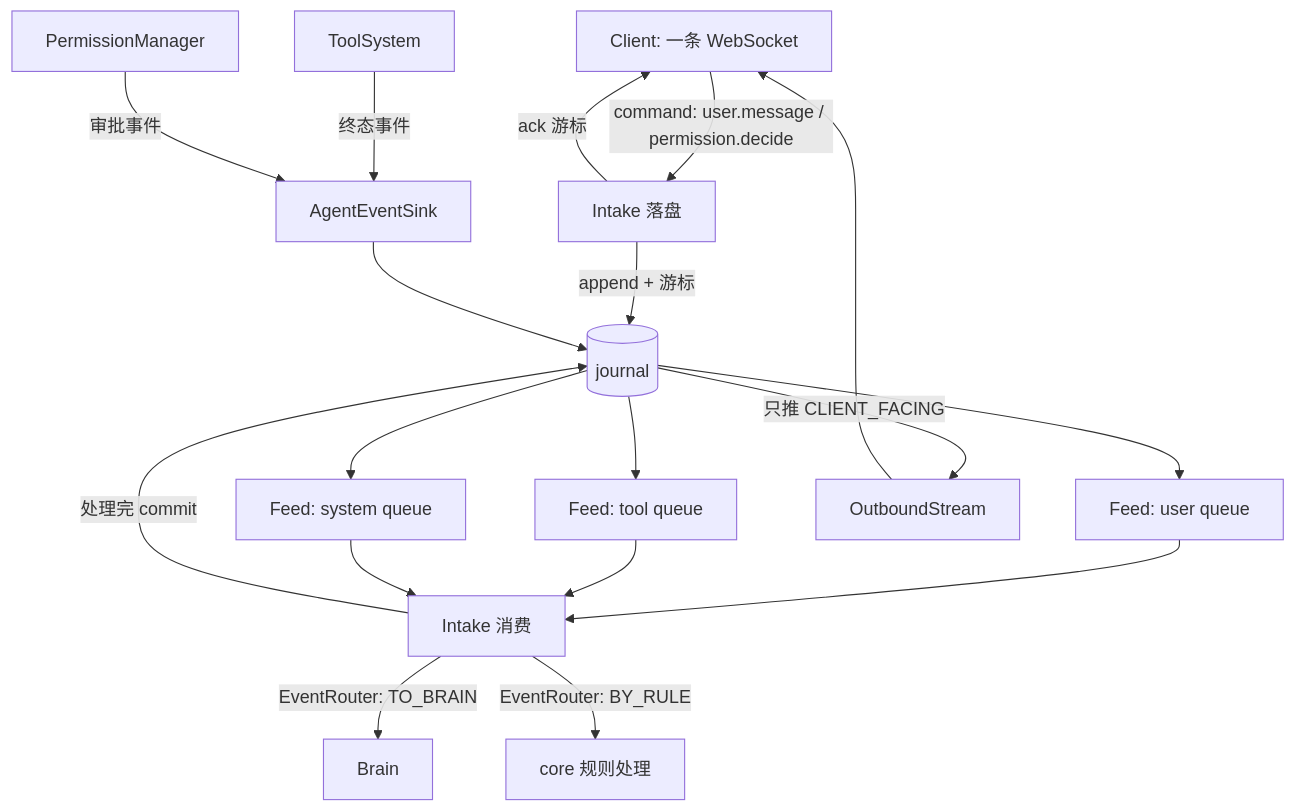
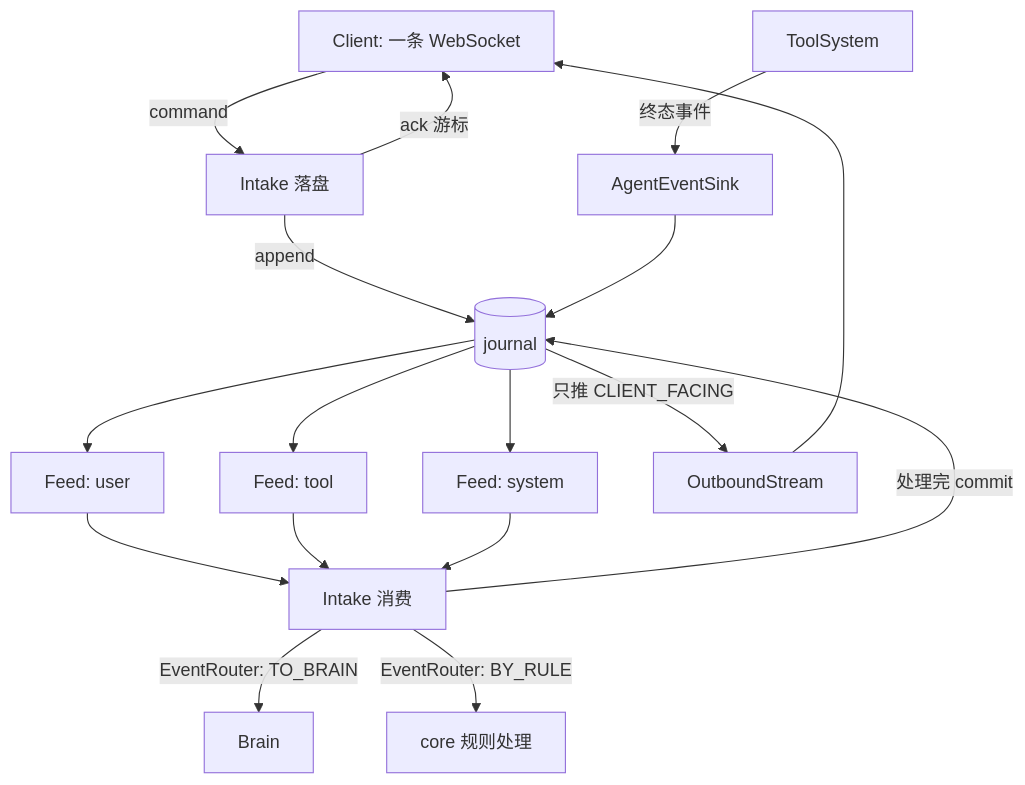
Before and after one commit to HymioSpace/Oath: the diagram in spec/feature-event-runtime.md, drawn with Mermaid. The commit also changed other lines of this file and 2 other files, not shown here.

````diff
--- a/spec/feature-event-runtime.md
+++ b/spec/feature-event-runtime.md
@@ -26,21 +27,20 @@
 ```mermaid
 flowchart TD
-    C[Client: 一条 WebSocket] -->|command: user.message / permission.decide| I[Intake 落盘]
-    I -->|append + 游标| J[(journal)]
+    C[Client: 一条 WebSocket] -->|command| I[Intake 落盘]
+    I -->|append| J[(journal)]
     I -->|ack 游标| C
 
     TS[ToolSystem] -->|终态事件| S[AgentEventSink]
-    PM[PermissionManager] -->|审批事件| S
     S --> J
 
-    J --> F1[Feed: user queue]
-    J --> F2[Feed: tool queue]
-    J --> F3[Feed: system queue]
+    J --> F1[Feed: user]
+    J --> F2[Feed: tool]
+    J --> F3[Feed: system]
     F1 & F2 & F3 --> QC[Intake 消费]
     QC -->|EventRouter: TO_BRAIN| BR[Brain]
     QC -->|EventRouter: BY_RULE| R[core 规则处理]
     QC -->|处理完 commit| J
 
     J -->|只推 CLIENT_FACING| OS[OutboundStream]
     OS --> C
 ```
````
